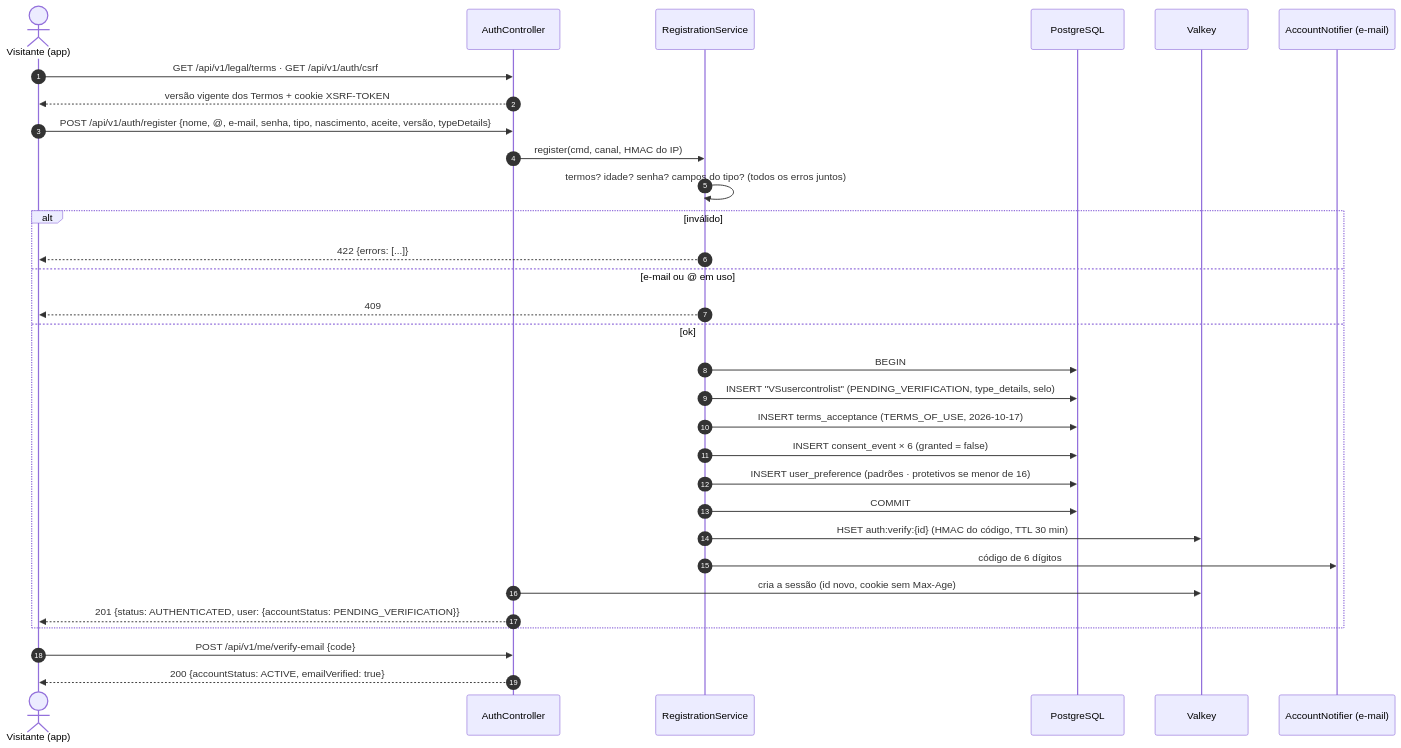
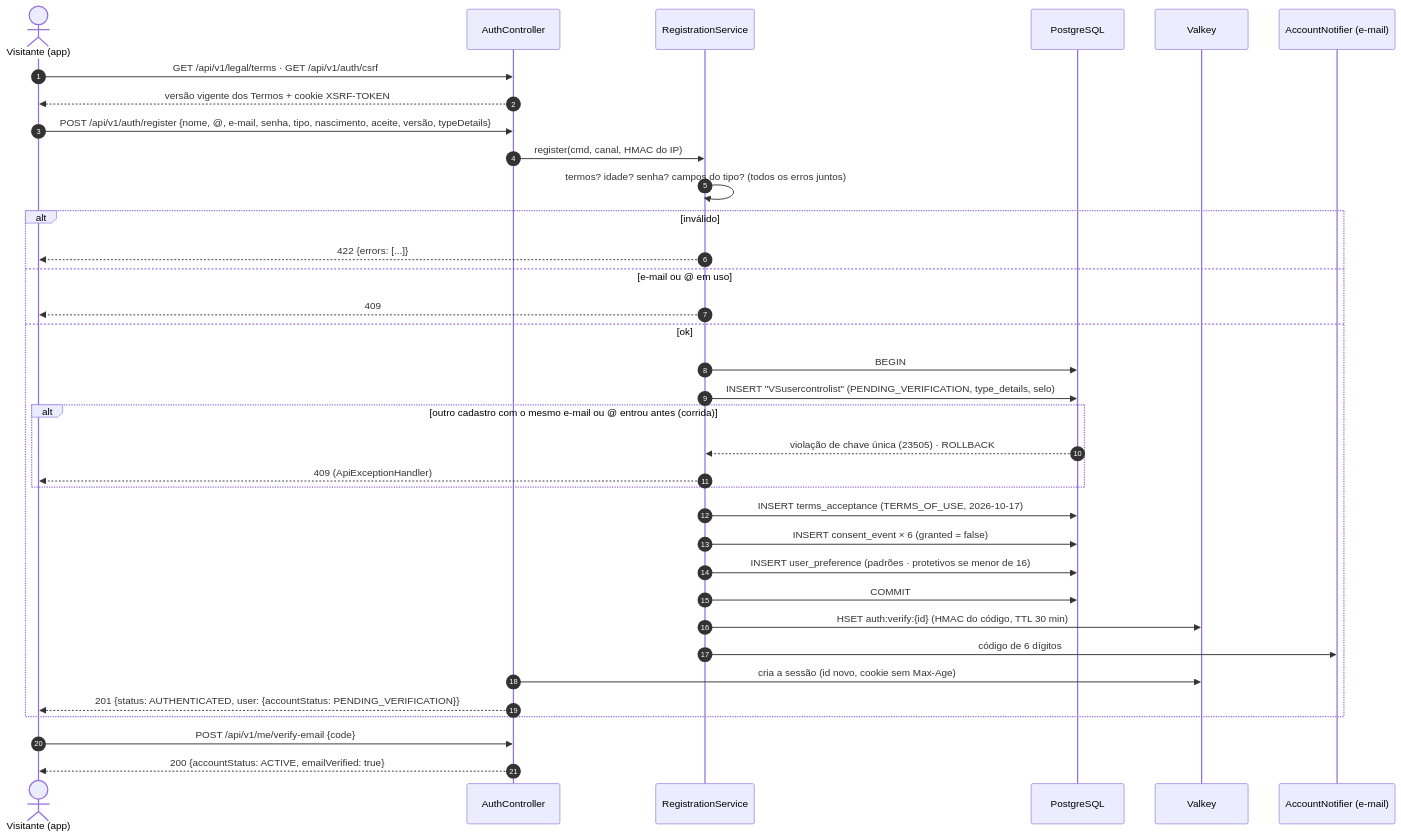
The second of 4 diagrams in docs/rf/RF01-cadastro-usuario.md (MatheusHaliski/orange_social_velion), drawn with Mermaid before and after one commit. The commit also changed other lines of this file and 3 other files, not shown here.

First line of the commit message:
RF1: cadastros simultâneos com o mesmo e-mail ou @usuário dão 409, não 500

````diff
--- a/docs/rf/RF01-cadastro-usuario.md
+++ b/docs/rf/RF01-cadastro-usuario.md
@@ -73,34 +76,38 @@
 ```mermaid
 sequenceDiagram
     autonumber
     actor V as Visitante (app)
     participant API as AuthController
     participant R as RegistrationService
     participant DB as PostgreSQL
     participant VK as Valkey
     participant N as AccountNotifier (e-mail)
 
     V->>API: GET /api/v1/legal/terms · GET /api/v1/auth/csrf
     API-->>V: versão vigente dos Termos + cookie XSRF-TOKEN
     V->>API: POST /api/v1/auth/register {nome, @, e-mail, senha, tipo, nascimento, aceite, versão, typeDetails}
     API->>R: register(cmd, canal, HMAC do IP)
     R->>R: termos? idade? senha? campos do tipo? (todos os erros juntos)
     alt inválido
         R-->>V: 422 {errors: [...]}
     else e-mail ou @ em uso
         R-->>V: 409
     else ok
         R->>DB: BEGIN
         R->>DB: INSERT "VSusercontrolist" (PENDING_VERIFICATION, type_details, selo)
+        alt outro cadastro com o mesmo e-mail ou @ entrou antes (corrida)
+            DB-->>R: violação de chave única (23505) · ROLLBACK
+            R-->>V: 409 (ApiExceptionHandler)
+        end
         R->>DB: INSERT terms_acceptance (TERMS_OF_USE, 2026-10-17)
         R->>DB: INSERT consent_event × 6 (granted = false)
         R->>DB: INSERT user_preference (padrões · protetivos se menor de 16)
         R->>DB: COMMIT
         R->>VK: HSET auth:verify:{id} (HMAC do código, TTL 30 min)
         R->>N: código de 6 dígitos
         API->>VK: cria a sessão (id novo, cookie sem Max-Age)
         API-->>V: 201 {status: AUTHENTICATED, user: {accountStatus: PENDING_VERIFICATION}}
     end
     V->>API: POST /api/v1/me/verify-email {code}
     API-->>V: 200 {accountStatus: ACTIVE, emailVerified: true}
 ```
````
